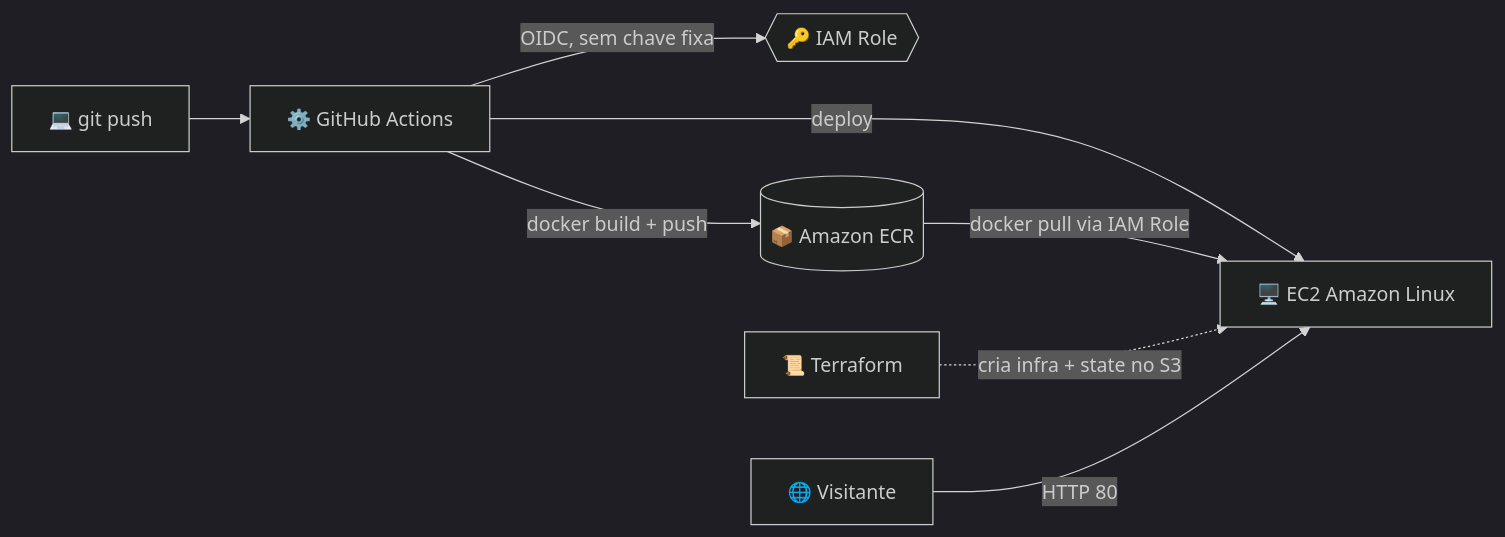
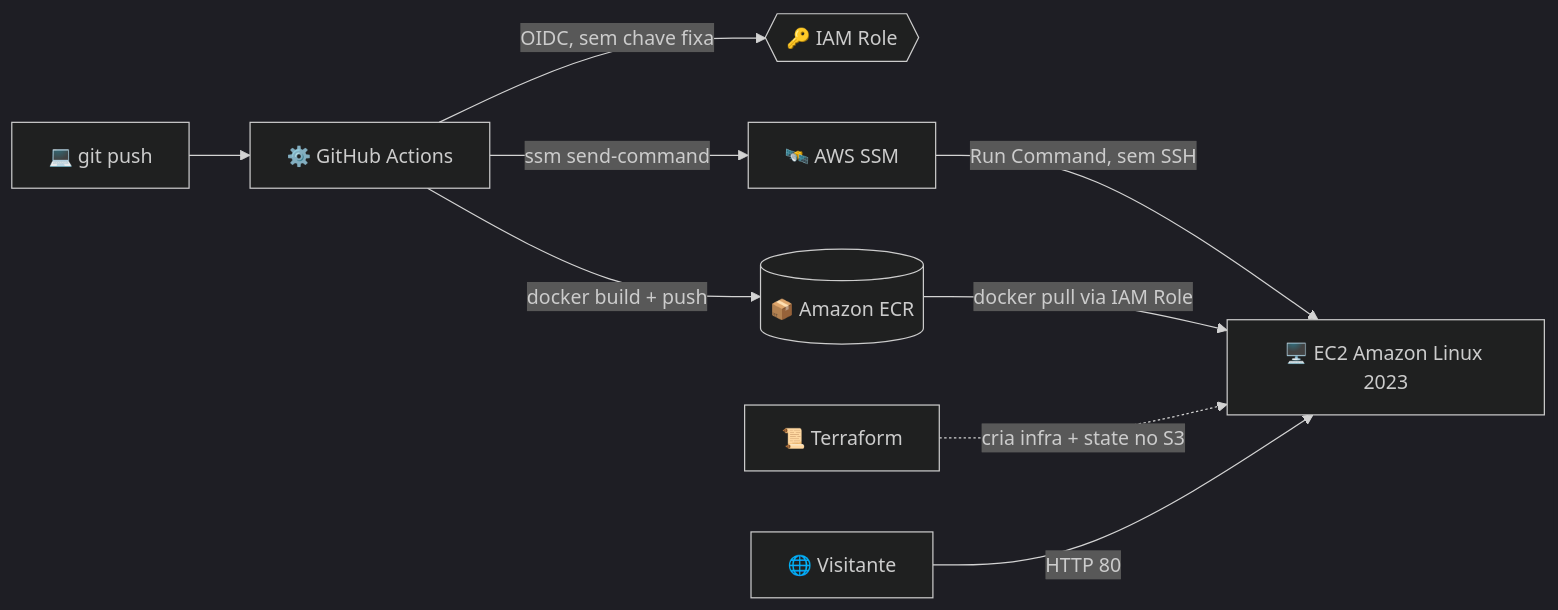
Before and after one commit to CaetanoNascimento/Supere: the diagram in readme.md, drawn with Mermaid (dark theme). The commit also changed other lines of this file, not shown here.

````diff
--- a/readme.md
+++ b/readme.md
@@ -11,10 +11,11 @@
 ```mermaid
 flowchart LR
     Dev[💻 git push] --> GHA[⚙️ GitHub Actions]
     GHA -->|OIDC, sem chave fixa| AWS{{🔑 IAM Role}}
     GHA -->|docker build + push| ECR[(📦 Amazon ECR)]
-    GHA -->|deploy| EC2[🖥️ EC2 Amazon Linux]
+    GHA -->|ssm send-command| SSM[🛰️ AWS SSM]
+    SSM -->|Run Command, sem SSH| EC2[🖥️ EC2 Amazon Linux 2023]
     ECR -->|docker pull via IAM Role| EC2
     Infra[📜 Terraform] -.->|cria infra + state no S3| EC2
     User[🌐 Visitante] -->|HTTP 80| EC2
 ```
````
